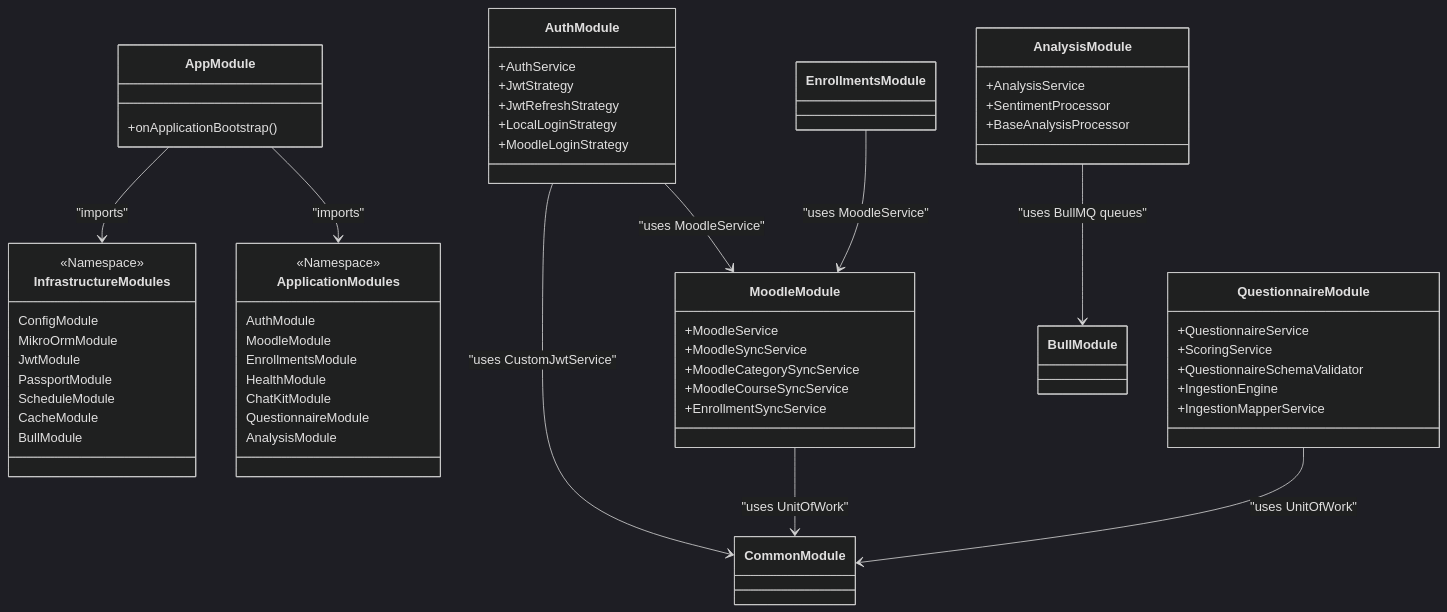
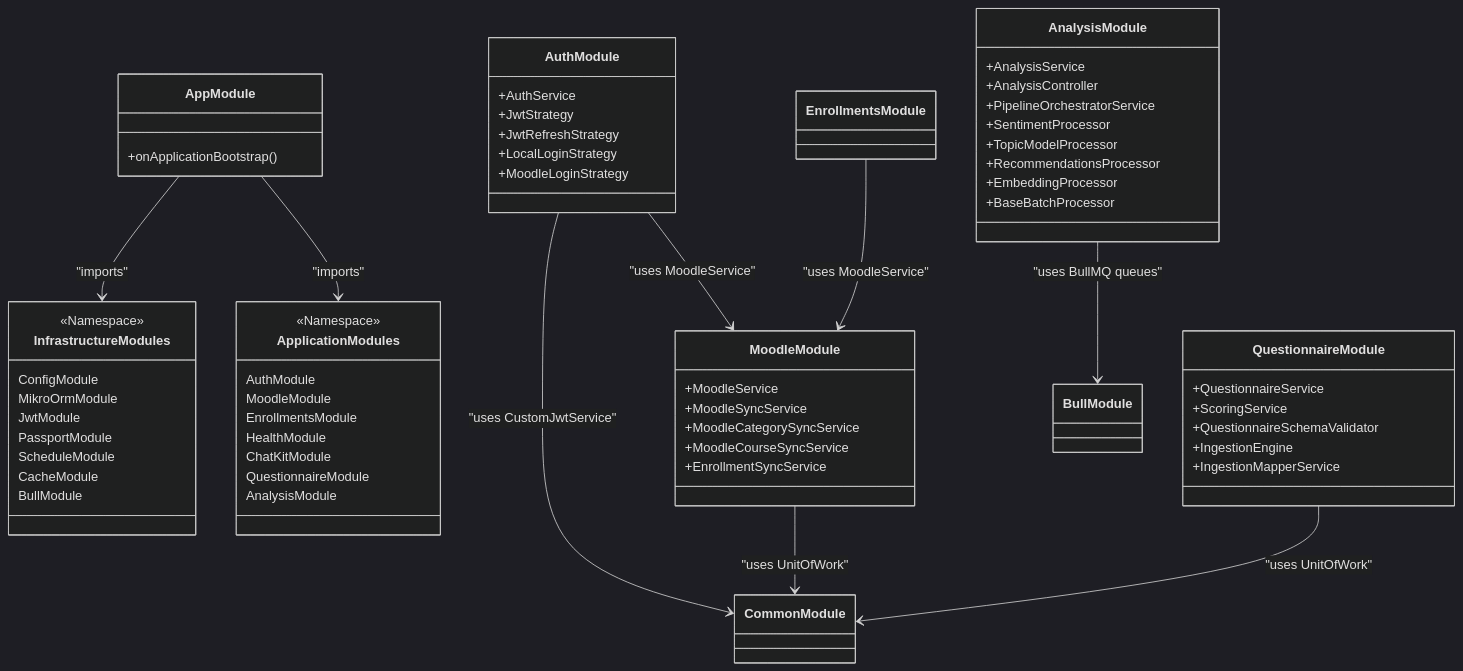
Before and after one commit to CtrlAltElite-Devs/api.faculytics: the diagram in docs/architecture/core-components.md, drawn with Mermaid (dark theme). The commit also changed other lines of this file and 6 other files, not shown here.

Commit message:
FAC-46 docs: update documentation for analysis pipeline infrastructure

````diff
--- a/docs/architecture/core-components.md
+++ b/docs/architecture/core-components.md
@@ -30,66 +30,71 @@
 ```mermaid
 classDiagram
     class AppModule {
         +onApplicationBootstrap()
     }
     class InfrastructureModules {
         <<Namespace>>
         ConfigModule
         MikroOrmModule
         JwtModule
         PassportModule
         ScheduleModule
         CacheModule
         BullModule
     }
     class ApplicationModules {
         <<Namespace>>
         AuthModule
         MoodleModule
         EnrollmentsModule
         HealthModule
         ChatKitModule
         QuestionnaireModule
         AnalysisModule
     }
 
     AppModule --> InfrastructureModules : "imports"
     AppModule --> ApplicationModules : "imports"
 
     AuthModule --> MoodleModule : "uses MoodleService"
     AuthModule --> CommonModule : "uses CustomJwtService"
     MoodleModule --> CommonModule : "uses UnitOfWork"
     EnrollmentsModule --> MoodleModule : "uses MoodleService"
     QuestionnaireModule --> CommonModule : "uses UnitOfWork"
     AnalysisModule --> BullModule : "uses BullMQ queues"
 
     class AnalysisModule {
         +AnalysisService
+        +AnalysisController
+        +PipelineOrchestratorService
         +SentimentProcessor
-        +BaseAnalysisProcessor
+        +TopicModelProcessor
+        +RecommendationsProcessor
+        +EmbeddingProcessor
+        +BaseBatchProcessor
     }
 
     class MoodleModule {
         +MoodleService
         +MoodleSyncService
         +MoodleCategorySyncService
         +MoodleCourseSyncService
         +EnrollmentSyncService
     }
 
     class AuthModule {
         +AuthService
         +JwtStrategy
         +JwtRefreshStrategy
         +LocalLoginStrategy
         +MoodleLoginStrategy
     }
 
     class QuestionnaireModule {
         +QuestionnaireService
         +ScoringService
         +QuestionnaireSchemaValidator
         +IngestionEngine
         +IngestionMapperService
     }
 ```
````
